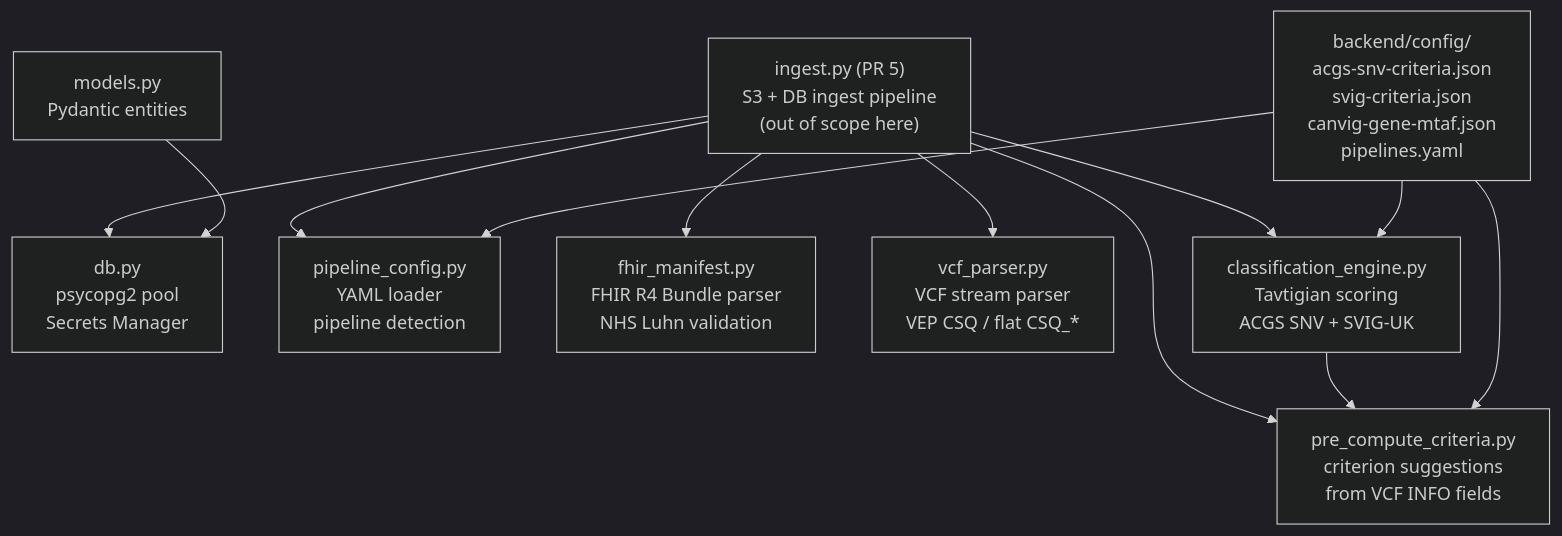
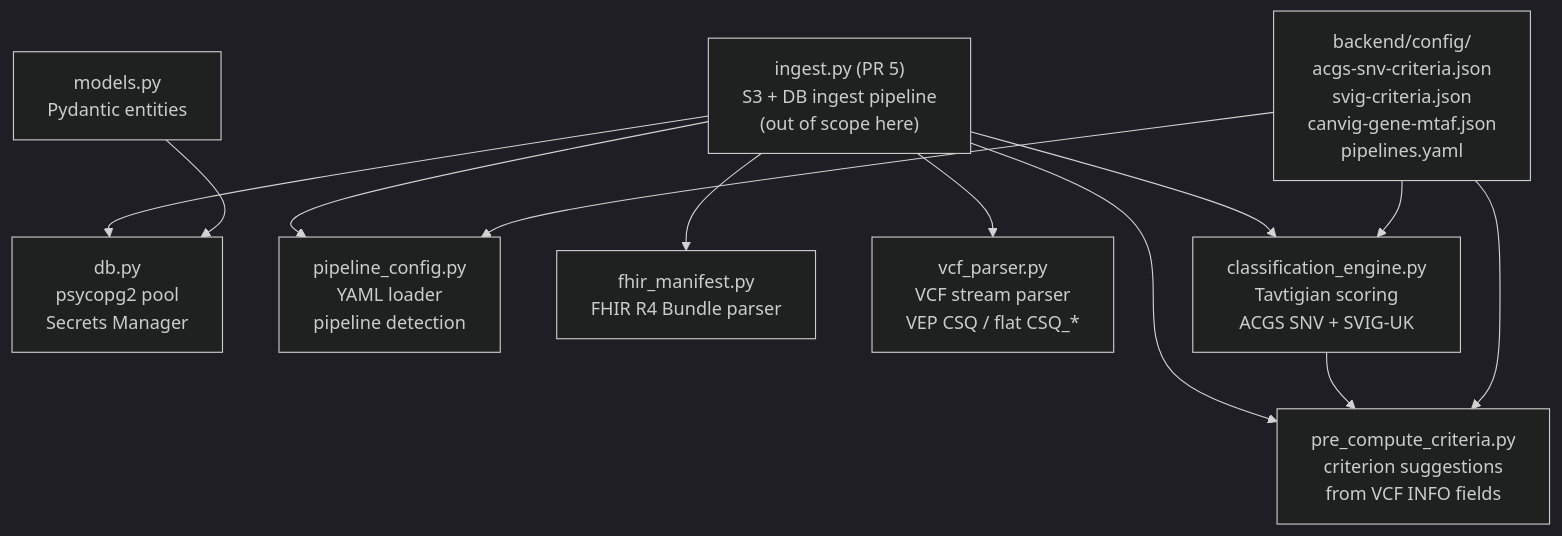
One commit to eastgenomics/variant-viewer changed the diagram in specification/DESIGN.md. Above: the diagram before and after it, drawn with Mermaid (dark theme). The commit also changed other lines of this file and 3 other files, not shown here.

````diff
--- a/specification/DESIGN.md
+++ b/specification/DESIGN.md
@@ -16,26 +16,26 @@
 ```mermaid
 flowchart TD
     CONF["backend/config/\nacgs-snv-criteria.json\nsvig-criteria.json\ncanvig-gene-mtaf.json\npipelines.yaml"]
 
     MODELS["models.py\nPydantic entities"]
     DB["db.py\npsycopg2 pool\nSecrets Manager"]
     PIPE["pipeline_config.py\nYAML loader\npipeline detection"]
-    FHIR["fhir_manifest.py\nFHIR R4 Bundle parser\nNHS Luhn validation"]
+    FHIR["fhir_manifest.py\nFHIR R4 Bundle parser"]
     VCF["vcf_parser.py\nVCF stream parser\nVEP CSQ / flat CSQ_*"]
     CE["classification_engine.py\nTavtigian scoring\nACGS SNV + SVIG-UK"]
     PC["pre_compute_criteria.py\ncriterion suggestions\nfrom VCF INFO fields"]
 
     PR5["ingest.py (PR 5)\nS3 + DB ingest pipeline\n(out of scope here)"]
 
     MODELS --> DB
     CONF --> PIPE
     CONF --> CE
     CONF --> PC
     CE --> PC
     PR5 --> VCF
     PR5 --> FHIR
     PR5 --> PIPE
     PR5 --> DB
     PR5 --> PC
     PR5 --> CE
 ```
````
